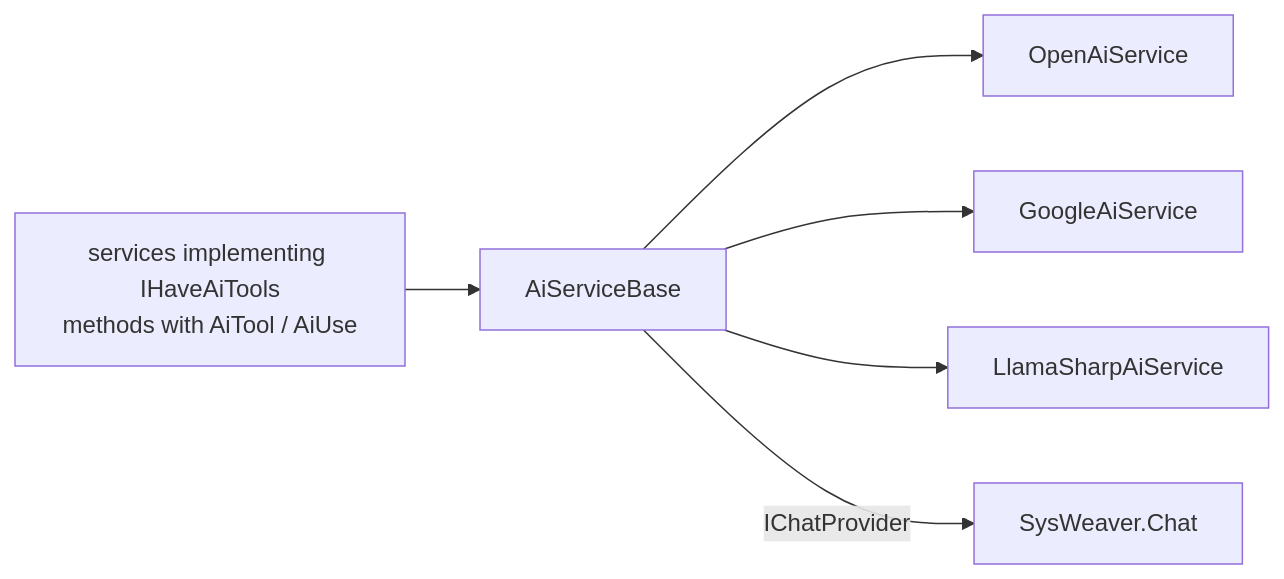
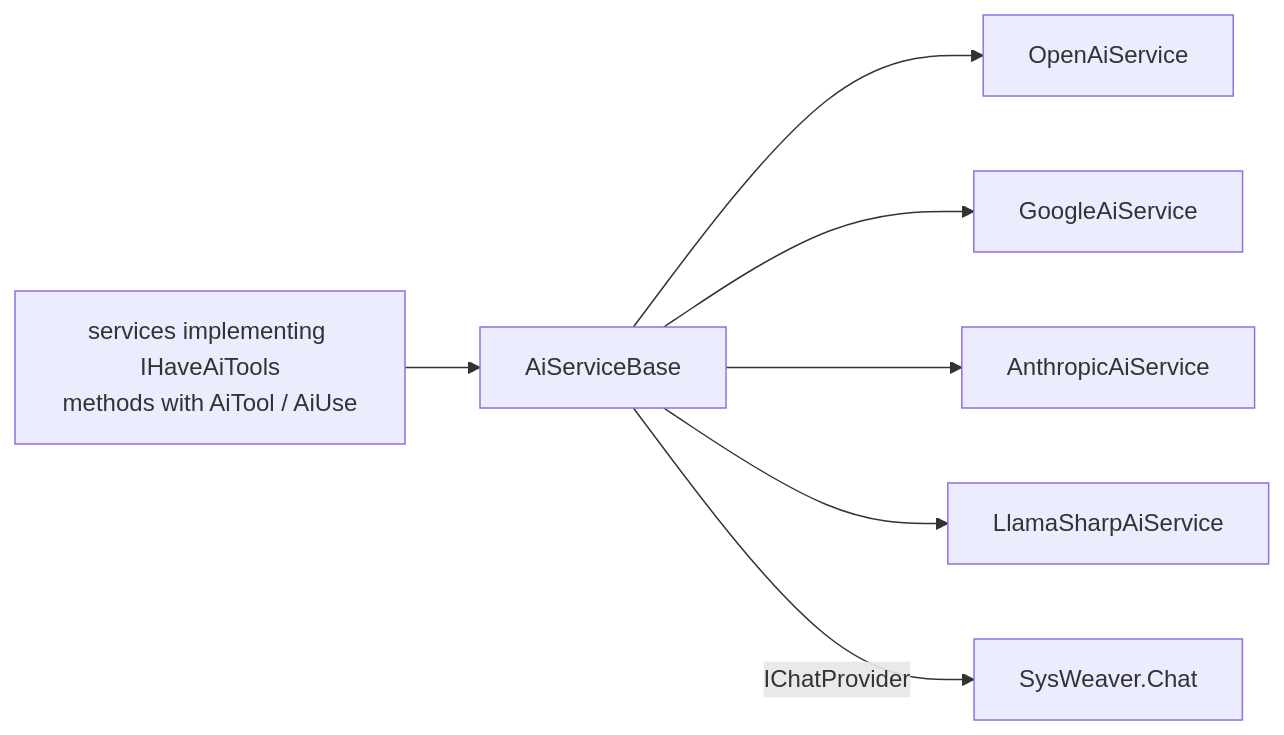
One commit to dosh1974/SysWeaver changed the diagram in SysWeaver.AI/README.md. Above: the diagram before and after it, drawn with Mermaid. The commit also changed other lines of this file and 20 other files, not shown here.

````diff
--- a/SysWeaver.AI/README.md
+++ b/SysWeaver.AI/README.md
@@ -18,8 +18,9 @@
 ```mermaid
 flowchart LR
   Tools["services implementing IHaveAiTools<br/>methods with AiTool / AiUse"] --> B["AiServiceBase"]
   B --> O["OpenAiService"]
   B --> G["GoogleAiService"]
+  B --> A["AnthropicAiService"]
   B --> L["LlamaSharpAiService"]
   B -- "IChatProvider" --> Chat["SysWeaver.Chat"]
 ```
````
